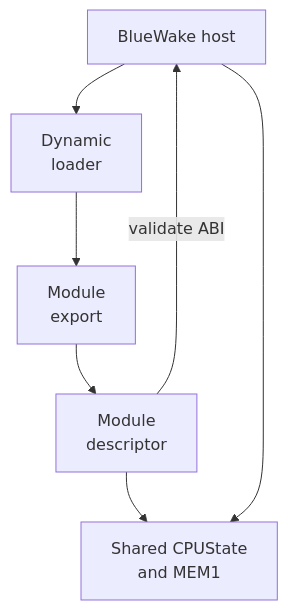
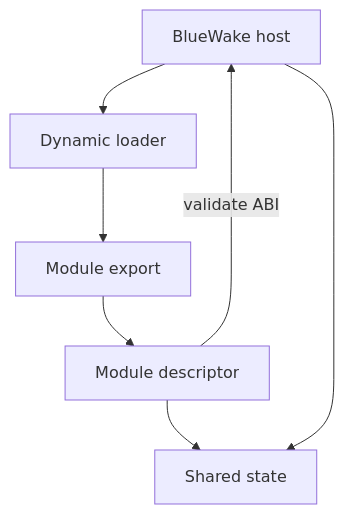
One commit to Aelbannan/boat_of_daphnes changed the first of 2 diagrams in docs/architecture/runtime/GameModule.md. Above: the diagram before and after it, drawn with Mermaid. The commit also changed other lines of this file and 6 other files, not shown here.

Commit message:
docs: remove clipped Mermaid multiline labels

````diff
--- a/docs/architecture/runtime/GameModule.md
+++ b/docs/architecture/runtime/GameModule.md
@@ -29,13 +29,13 @@
 ```mermaid
 flowchart TD
     Host["BlueWake host"]
-    Loader["Dynamic<br/>loader"]
-    Export["Module<br/>export"]
-    Descriptor["Module<br/>descriptor"]
-    State["Shared CPUState<br/>and MEM1"]
+    Loader["Dynamic loader"]
+    Export["Module export"]
+    Descriptor["Module descriptor"]
+    State["Shared state"]
 
     Host --> Loader --> Export --> Descriptor
     Descriptor -->|"validate ABI"| Host
     Descriptor --> State
     Host --> State
 ```
````
